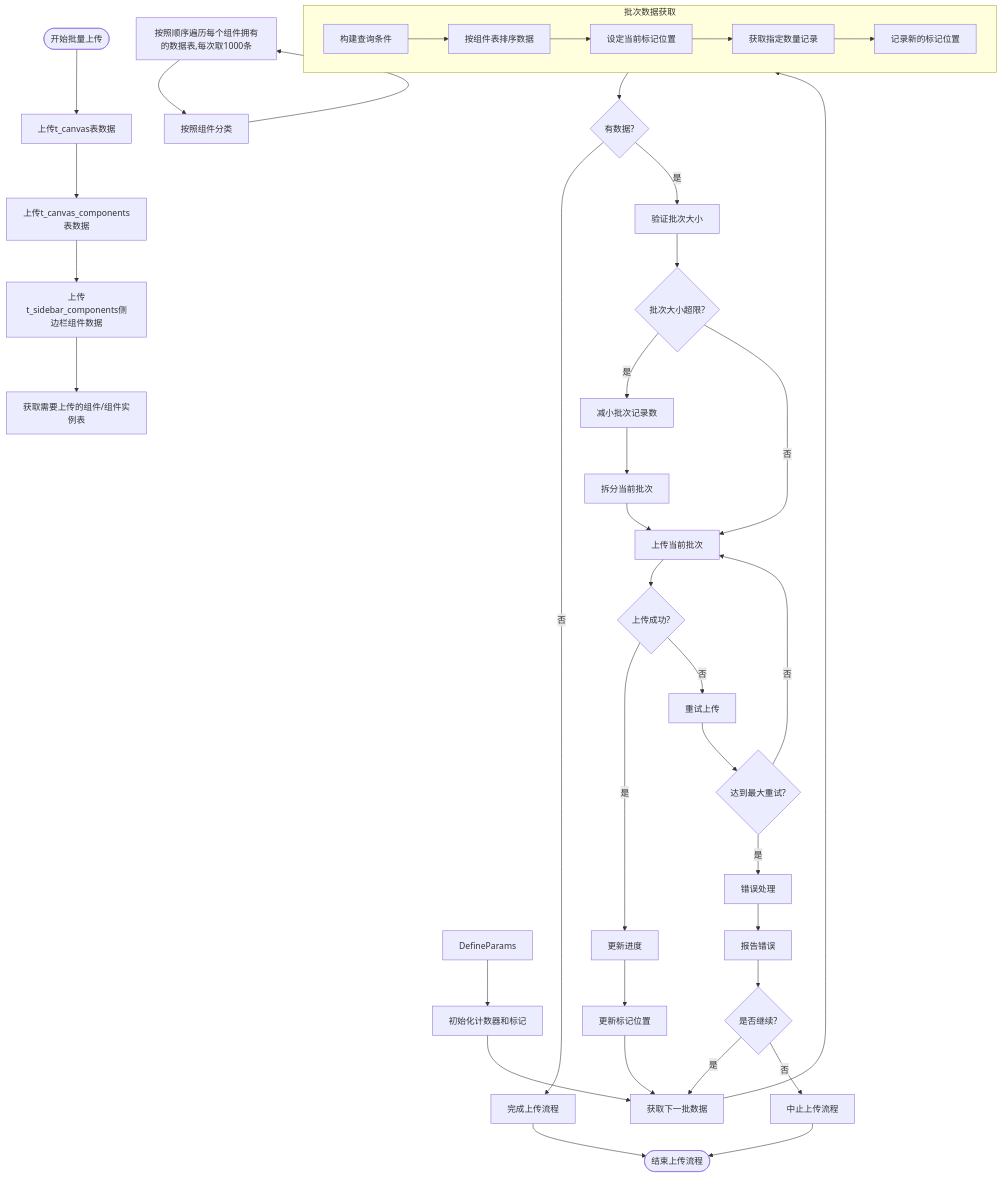
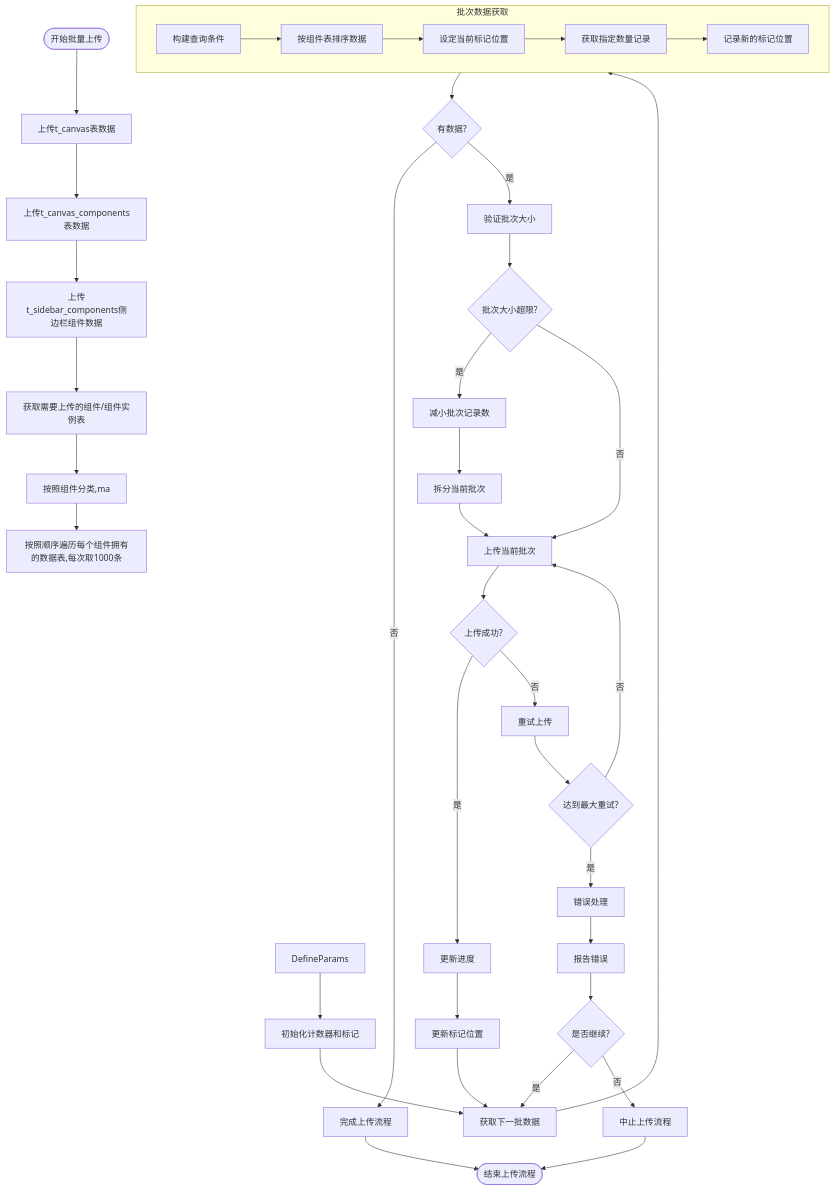
The diagram in all/未命名-51.md (yingjianzh/iodraw-files), drawn with Mermaid before and after one commit.

Commit message:
2025-05-08 17:28:51 update

````diff
--- a/all/未命名-51.md
+++ b/all/未命名-51.md
@@ -1,54 +1,54 @@
 ```mermaid
 flowchart TD
     Start([开始批量上传]) --> UploadSpaceData[上传t_canvas表数据]
     UploadSpaceData --> UploadComponentListData[上传t_canvas_components表数据]
     UploadComponentListData --> UploadSiderComponent[上传t_sidebar_components侧边栏组件数据]
     
     UploadSiderComponent --> FetchData[获取需要上传的组件/组件实例表]
 
-    UploadData --> ClassifyData[按照组件分类]
+    FetchData --> ClassifyData[按照组件分类,ma]
 
     ClassifyData --> UploadData[按照顺序遍历每个组件拥有的数据表,每次取1000条]
     DefineParams --> InitCounters[初始化计数器和标记]
     
     InitCounters --> FetchNextBatch[获取下一批数据]
     
     subgraph BatchFetch [批次数据获取]
         A[构建查询条件] --> B[按组件表排序数据]
         B --> C[设定当前标记位置]
         C --> D[获取指定数量记录]
         D --> E[记录新的标记位置]
     end
     
     FetchNextBatch --> BatchFetch
     
     BatchFetch --> CheckResults{有数据?}
     CheckResults -->|否| CompleteUpload[完成上传流程]
     CheckResults -->|是| ValidateBatch[验证批次大小]
     
     ValidateBatch --> SizeTooLarge{批次大小超限?}
     SizeTooLarge -->|是| AdjustBatchSize[减小批次记录数]
     SizeTooLarge -->|否| UploadBatch[上传当前批次]
     
     AdjustBatchSize --> SplitBatch[拆分当前批次]
     SplitBatch --> UploadBatch
     
     UploadBatch --> UploadSuccess{上传成功?}
     UploadSuccess -->|是| UpdateProgress[更新进度]
     UploadSuccess -->|否| RetryUpload[重试上传]
     
     RetryUpload --> MaxRetries{达到最大重试?}
     MaxRetries -->|否| UploadBatch
     MaxRetries -->|是| ErrorHandling[错误处理]
     
     ErrorHandling --> ReportError[报告错误]
     ReportError --> ContinueOption{是否继续?}
     ContinueOption -->|是| FetchNextBatch
     ContinueOption -->|否| AbortProcess[中止上传流程]
     
     UpdateProgress --> UpdateMarker[更新标记位置]
     UpdateMarker --> FetchNextBatch
     
     CompleteUpload --> End([结束上传流程])
     AbortProcess --> End
 ```
````
